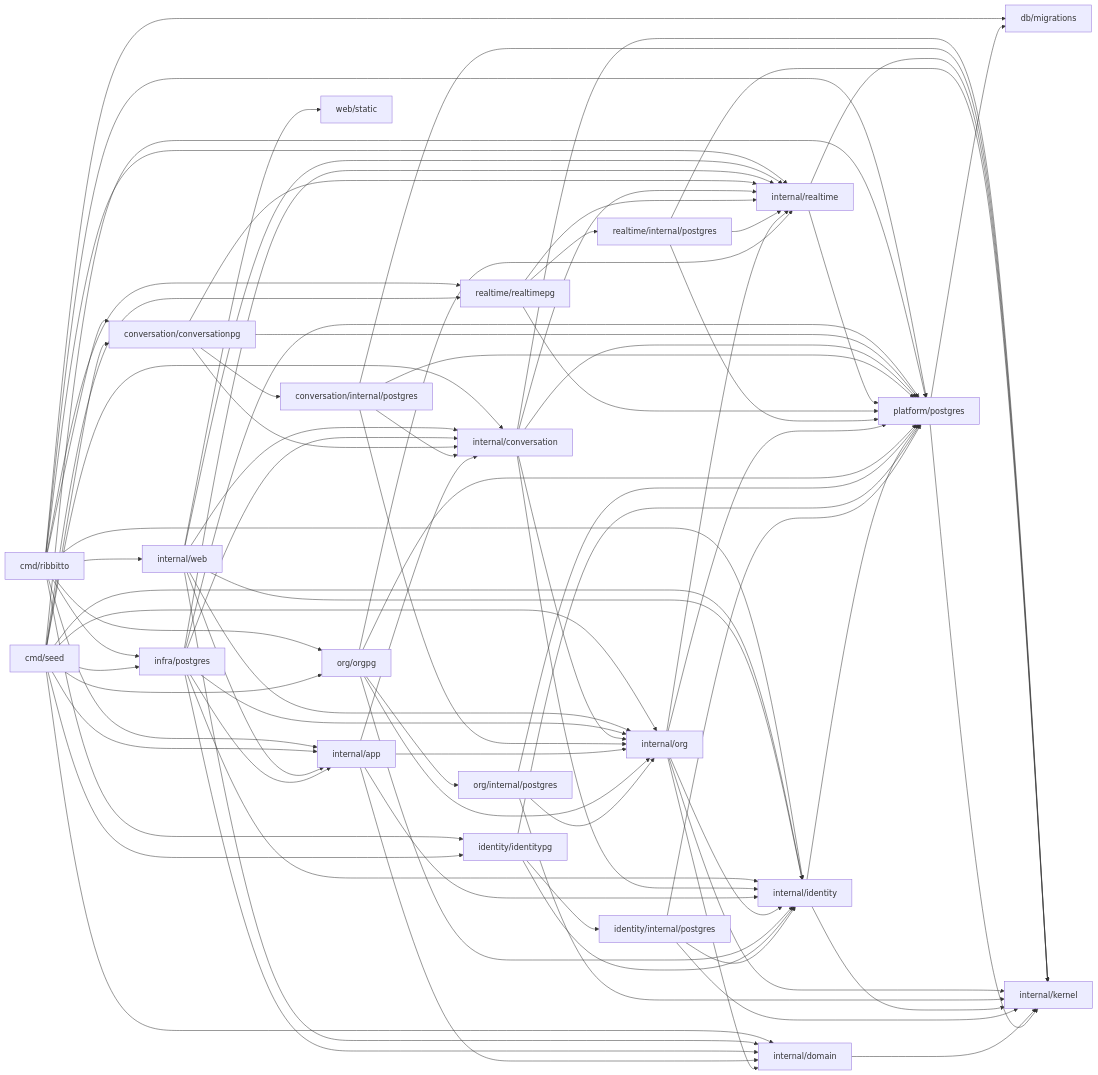
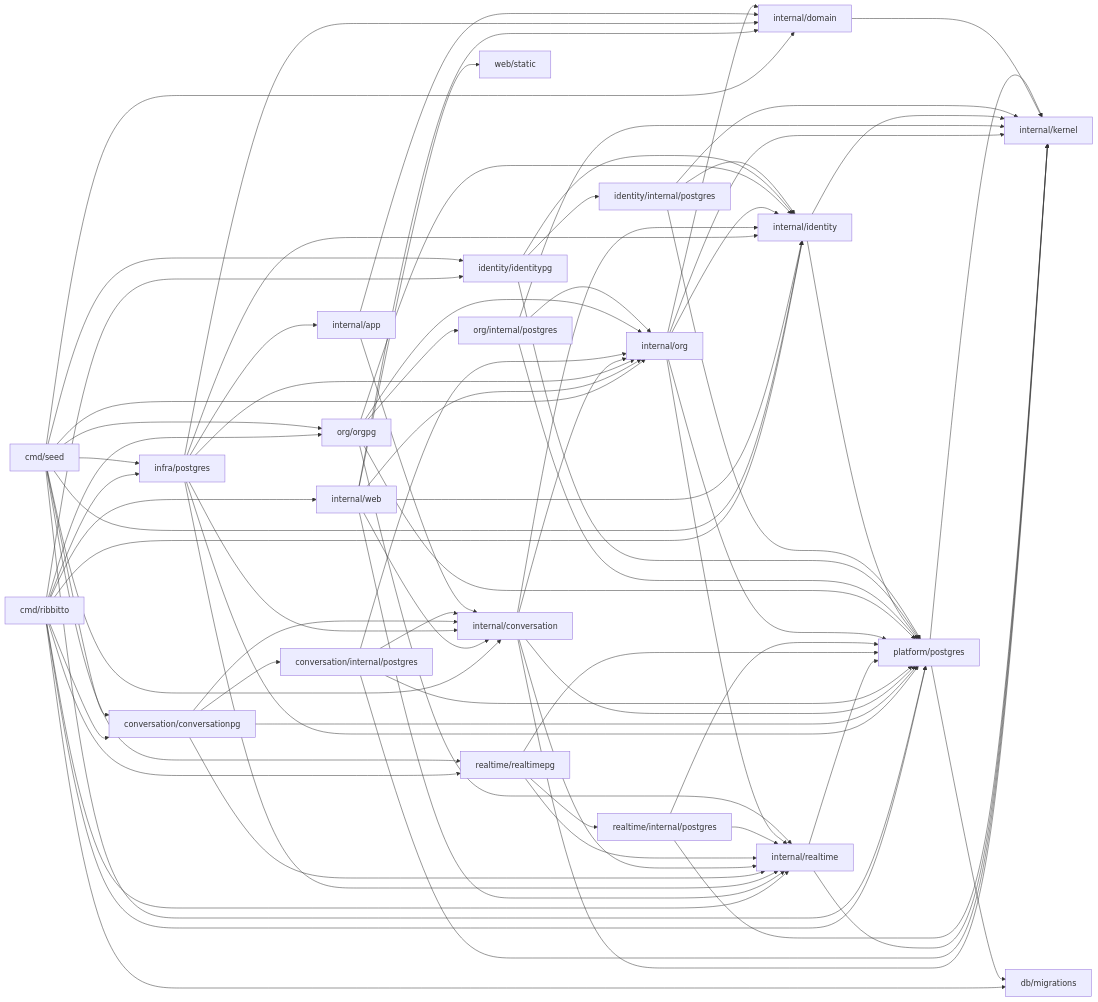
One commit to tkakkie/ribbitto changed the diagram in docs/architecture/packages.md. Above: the diagram before and after it, drawn with Mermaid. The commit also changed other lines of this file and 23 other files, not shown here.

````diff
--- a/docs/architecture/packages.md
+++ b/docs/architecture/packages.md
@@ -38,22 +38,22 @@
 ```mermaid
 flowchart LR
-  cmd[cmd/ribbitto] --> web & app & orgpg[org/orgpg] & conversationpg[conversation/conversationpg] & identity & identitypg[identity/identitypg] & realtimepg & postgres[infra/postgres] & realtime & platform[platform/postgres] & migrations[db/migrations]
-  seed[cmd/seed] --> conversation & conversationpg & app & org & orgpg & identity & identitypg & realtimepg & postgres & platform & domain
-  web[internal/web] --> app & org & conversation & identity & domain & realtime & static[web/static]
+  cmd[cmd/ribbitto] --> web & orgpg[org/orgpg] & conversationpg[conversation/conversationpg] & identity & identitypg[identity/identitypg] & realtimepg & postgres[infra/postgres] & realtime & platform[platform/postgres] & migrations[db/migrations]
+  seed[cmd/seed] --> conversation & conversationpg & org & orgpg & identity & identitypg & realtimepg & postgres & platform & domain
+  web[internal/web] --> org & conversation & identity & domain & realtime & static[web/static]
   postgres --> app & org & conversation & identity & domain & platform & realtime
   conversationpg --> conversation[internal/conversation] & cstore[conversation/internal/postgres] & realtime & platform
   conversation --> identity & org & realtime & kernel & platform
   cstore --> conversation & org & platform & kernel
   realtime[internal/realtime] --> kernel & platform
   realtimepg[realtime/realtimepg] --> realtime & rstore[realtime/internal/postgres] & platform
   rstore --> realtime & platform & kernel
-  app[internal/app] --> org & conversation & identity & domain[internal/domain]
+  app[internal/app] --> conversation & domain[internal/domain]
   org[internal/org] --> identity & realtime & domain & kernel & platform
   orgpg --> org & ostore[org/internal/postgres] & platform & identity & realtime
   ostore --> org & platform & kernel
   identity[internal/identity] --> kernel & platform
   identitypg --> identity & store[identity/internal/postgres] & platform
   store --> identity & platform & kernel
   domain --> kernel[internal/kernel]
   platform --> kernel & migrations
 ```
````
